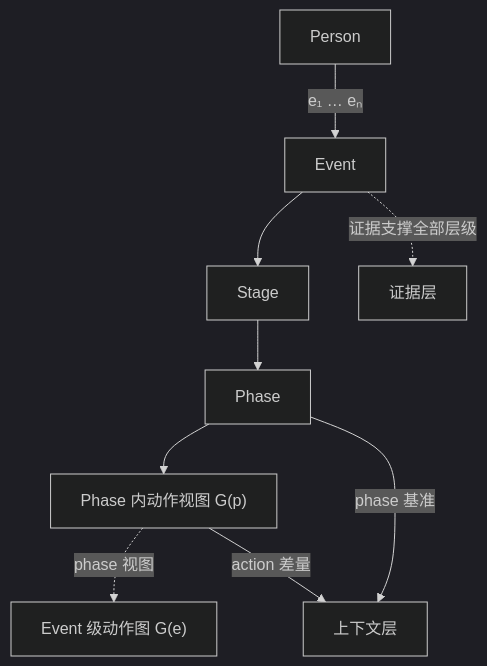
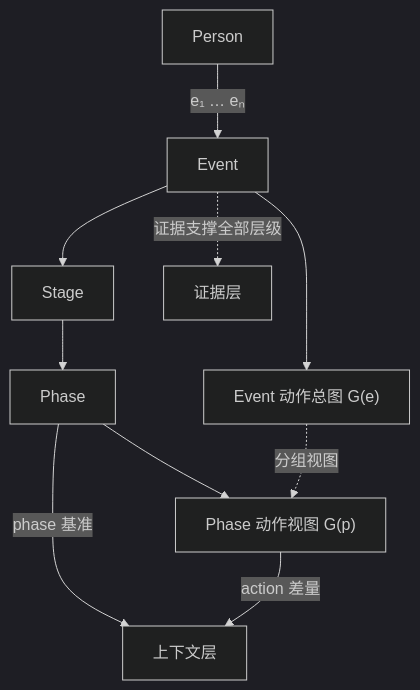
One commit to AgenticFinLab/FinMycelium changed the first of 4 diagrams in docs/structures/0-overview.md. Above: the diagram before and after it, drawn with Mermaid (dark theme). The commit also changed other lines of this file and 4 other files, not shown here.

First line of the commit message:
docs: clarify G(e) as canonical action graph, not a hierarchy level

````diff
--- a/docs/structures/0-overview.md
+++ b/docs/structures/0-overview.md
@@ -30,12 +30,13 @@
 ```mermaid
 flowchart TB
     P["Person"]
     P -->|e₁ … eₙ| E["Event"]
     E --> S["Stage"]
     S --> PH["Phase"]
-    PH --> G["Phase 内动作视图 G(p)"]
-    G -.->|phase 视图| GE["Event 级动作图 G(e)"]
+    PH --> G["Phase 动作视图 G(p)"]
+    E --> GE["Event 动作总图 G(e)"]
+    GE -.->|分组视图| G
     PH -->|phase 基准| C["上下文层"]
     G -->|action 差量| C
     E -.->|证据支撑全部层级| V["证据层"]
 ```
````
